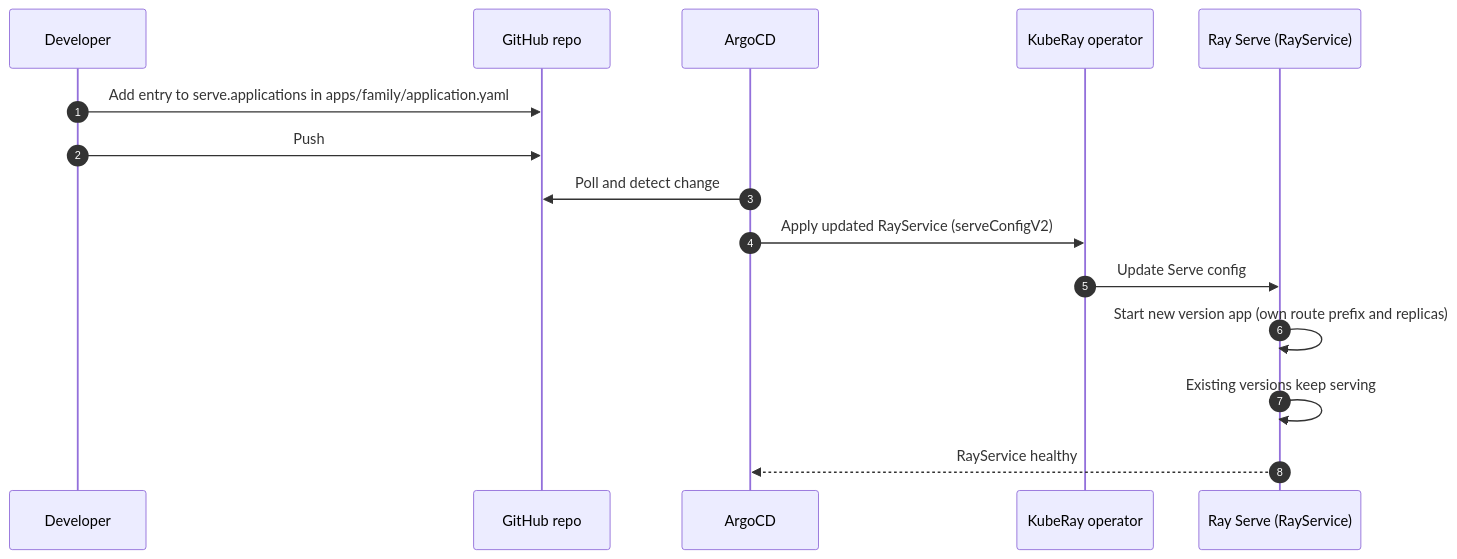
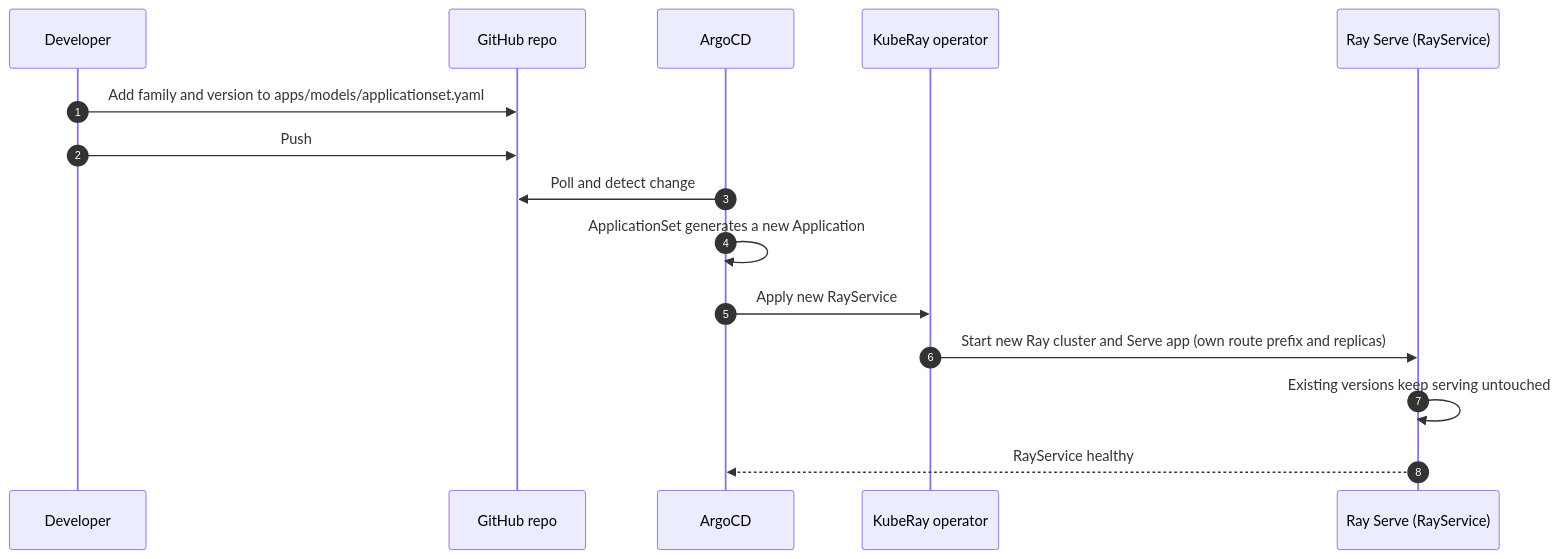
Before and after one commit to omegazyadav/cf-assignment: the diagram in docs/diagrams/rollout.md, drawn with Mermaid. The commit also changed other lines of this file and 8 other files, not shown here.

````diff
--- a/docs/diagrams/rollout.md
+++ b/docs/diagrams/rollout.md
@@ -3,17 +3,17 @@
 ```mermaid
 sequenceDiagram
     autonumber
     participant Dev as Developer
     participant Git as GitHub repo
     participant Argo as ArgoCD
     participant Ray as KubeRay operator
     participant Serve as Ray Serve (RayService)
-    Dev->>Git: Add entry to serve.applications in apps/family/application.yaml
+    Dev->>Git: Add family and version to apps/models/applicationset.yaml
     Dev->>Git: Push
     Argo->>Git: Poll and detect change
-    Argo->>Ray: Apply updated RayService (serveConfigV2)
-    Ray->>Serve: Update Serve config
-    Serve->>Serve: Start new version app (own route prefix and replicas)
-    Serve->>Serve: Existing versions keep serving
+    Argo->>Argo: ApplicationSet generates a new Application
+    Argo->>Ray: Apply new RayService
+    Ray->>Serve: Start new Ray cluster and Serve app (own route prefix and replicas)
+    Serve->>Serve: Existing versions keep serving untouched
     Serve-->>Argo: RayService healthy
 ```
````
